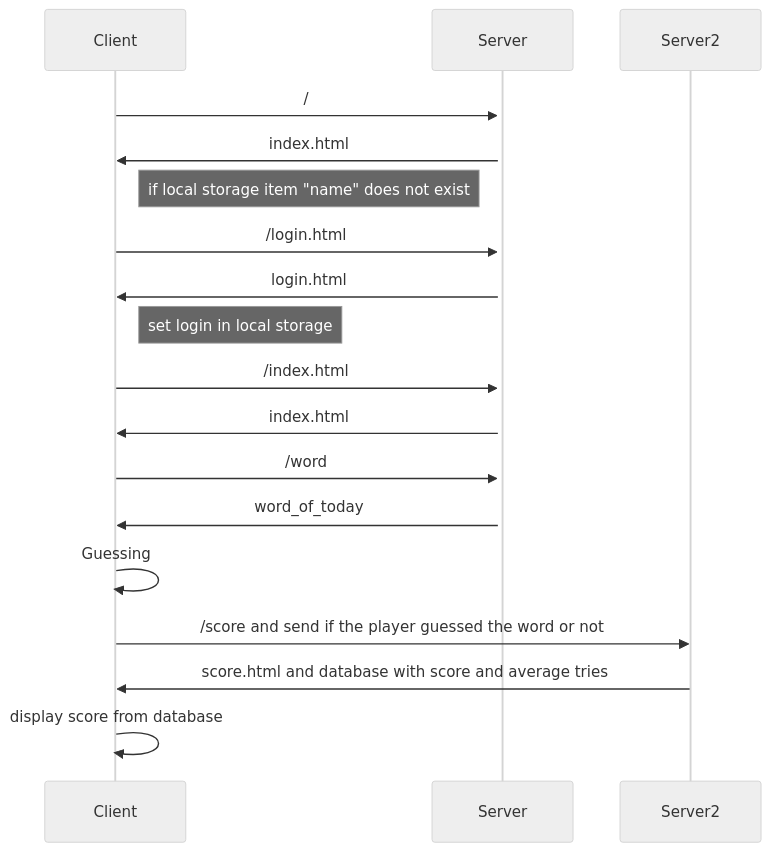
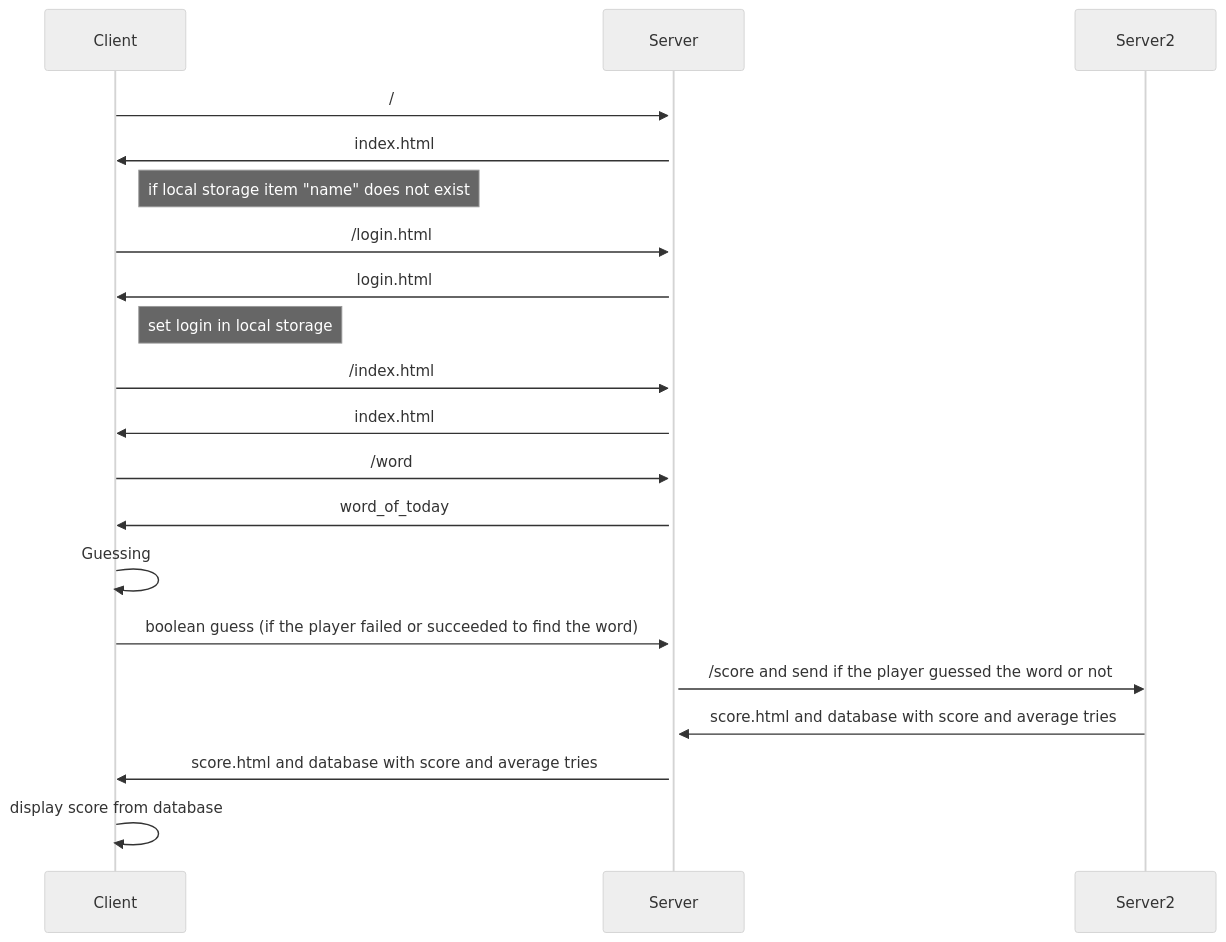
The diagram in README.md (VictoriaWieca/motus_Zaafira_Victoria), drawn with Mermaid (neutral theme) before and after one commit.

````diff
--- a/README.md
+++ b/README.md
@@ -24,17 +24,19 @@
 ```mermaid
 sequenceDiagram
     Client->>+Server: /
     Server->>Client: index.html
     note right of Client : if local storage item "name" does not exist
     Client->>Server: /login.html
     Server->>Client: login.html
     note right of Client : set login in local storage
     Client->>Server: /index.html
     Server->>Client: index.html
     Client->>Server: /word
     Server->>Client: word_of_today
     Client->>Client: Guessing 
-    Client->>Server2: /score and send if the player guessed the word or not 
-    Server2->>Client: score.html and database with score and average tries
+    Client->>Server: boolean guess (if the player failed or succeeded to find the word)
+    Server->>Server2: /score and send if the player guessed the word or not 
+    Server2->>Server: score.html and database with score and average tries
+    Server->>Client: score.html and database with score and average tries
     Client->>Client: display score from database
 ```
````
